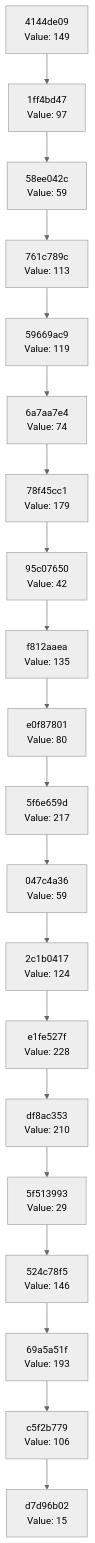
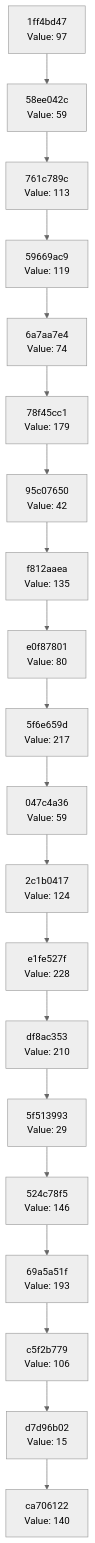
The diagram in docs/CHAIN_VISUALIZATION.md (Abhisheksinha1506/hash-chain-evolver), drawn with Mermaid (neutral theme) before and after one commit. The commit also changed 3 other files, not shown here.

````diff
--- a/docs/CHAIN_VISUALIZATION.md
+++ b/docs/CHAIN_VISUALIZATION.md
@@ -3,42 +3,42 @@
 ```mermaid
 graph TD
-    C0["d7d96b02<br/>Value: 15"]
-    C1["c5f2b779<br/>Value: 106"]
+    C0["ca706122<br/>Value: 140"]
+    C1["d7d96b02<br/>Value: 15"]
     C1 --> C0
-    C2["69a5a51f<br/>Value: 193"]
+    C2["c5f2b779<br/>Value: 106"]
     C2 --> C1
-    C3["524c78f5<br/>Value: 146"]
+    C3["69a5a51f<br/>Value: 193"]
     C3 --> C2
-    C4["5f513993<br/>Value: 29"]
+    C4["524c78f5<br/>Value: 146"]
     C4 --> C3
-    C5["df8ac353<br/>Value: 210"]
+    C5["5f513993<br/>Value: 29"]
     C5 --> C4
-    C6["e1fe527f<br/>Value: 228"]
+    C6["df8ac353<br/>Value: 210"]
     C6 --> C5
-    C7["2c1b0417<br/>Value: 124"]
+    C7["e1fe527f<br/>Value: 228"]
     C7 --> C6
-    C8["047c4a36<br/>Value: 59"]
+    C8["2c1b0417<br/>Value: 124"]
     C8 --> C7
-    C9["5f6e659d<br/>Value: 217"]
+    C9["047c4a36<br/>Value: 59"]
     C9 --> C8
-    C10["e0f87801<br/>Value: 80"]
+    C10["5f6e659d<br/>Value: 217"]
     C10 --> C9
-    C11["f812aaea<br/>Value: 135"]
+    C11["e0f87801<br/>Value: 80"]
     C11 --> C10
-    C12["95c07650<br/>Value: 42"]
+    C12["f812aaea<br/>Value: 135"]
     C12 --> C11
-    C13["78f45cc1<br/>Value: 179"]
+    C13["95c07650<br/>Value: 42"]
     C13 --> C12
-    C14["6a7aa7e4<br/>Value: 74"]
+    C14["78f45cc1<br/>Value: 179"]
     C14 --> C13
-    C15["59669ac9<br/>Value: 119"]
+    C15["6a7aa7e4<br/>Value: 74"]
     C15 --> C14
-    C16["761c789c<br/>Value: 113"]
+    C16["59669ac9<br/>Value: 119"]
     C16 --> C15
-    C17["58ee042c<br/>Value: 59"]
+    C17["761c789c<br/>Value: 113"]
     C17 --> C16
-    C18["1ff4bd47<br/>Value: 97"]
+    C18["58ee042c<br/>Value: 59"]
     C18 --> C17
-    C19["4144de09<br/>Value: 149"]
+    C19["1ff4bd47<br/>Value: 97"]
     C19 --> C18
 ```
````
